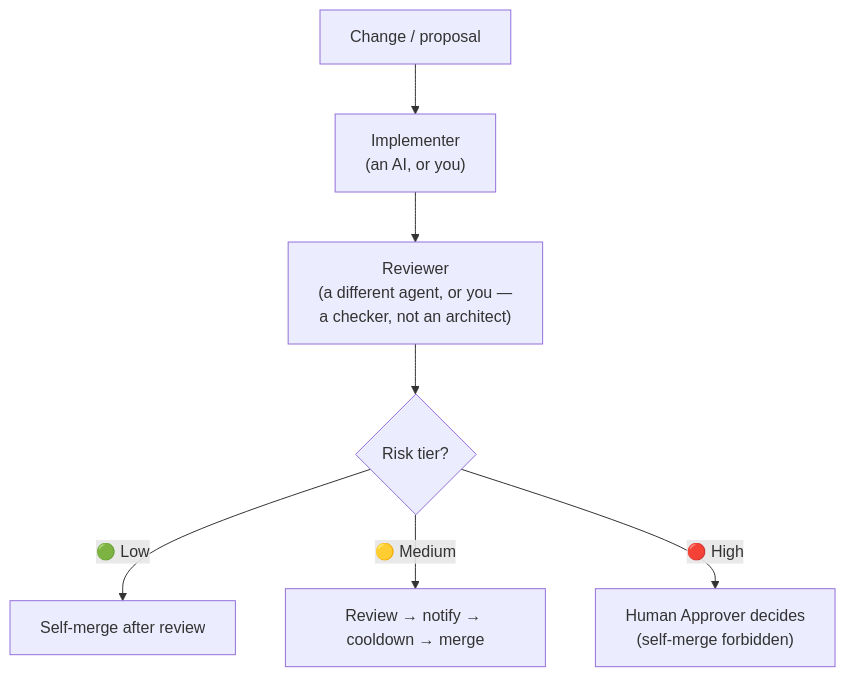
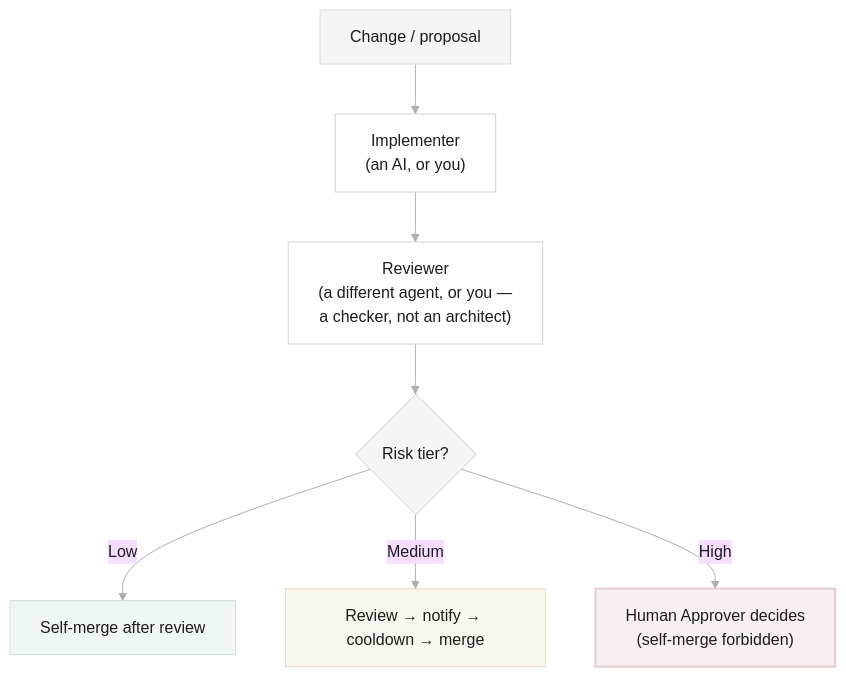
The diagram in README.md (shiyamaz/qorum-method), drawn with Mermaid before and after one commit. The commit also changed 2 other files, not shown here.

Commit message:
Refine the diagram to the brand design system (Apple HIG / washed tiers)
Light-mode, flat, monochrome structure with the 3 risk tiers as the only color
(washed callout tones: green/amber/red), High emphasized. Per the vault design
guideline.

- docs/assets/qorum-flow.svg: standalone diagram (1080x1350, LinkedIn-ready)
- README.md / README.ja.md: theme the in-repo Mermaid to the same palette
  (init themeVariables + classDef per tier; drop emoji for restraint)

````diff
--- a/README.md
+++ b/README.md
@@ -43,9 +43,22 @@
 ```mermaid
+%%{init: {'theme':'base','themeVariables':{'fontFamily':'-apple-system, SF Pro Text, Hiragino Sans, sans-serif','lineColor':'#aeaeb2','primaryTextColor':'#1d1d1f','primaryBorderColor':'#d2d2d7'}}}%%
 flowchart TD
     C["Change / proposal"] --> I["Implementer<br/>(an AI, or you)"]
     I --> R["Reviewer<br/>(a different agent, or you —<br/>a checker, not an architect)"]
     R --> T{"Risk tier?"}
-    T -->|"🟢 Low"| L["Self-merge after review"]
-    T -->|"🟡 Medium"| M["Review → notify → cooldown → merge"]
-    T -->|"🔴 High"| H["Human Approver decides<br/>(self-merge forbidden)"]
+    T -->|"Low"| L["Self-merge after review"]
+    T -->|"Medium"| M["Review → notify → cooldown → merge"]
+    T -->|"High"| H["Human Approver decides<br/>(self-merge forbidden)"]
+    classDef start fill:#f4f4f6,stroke:#dcdce0,color:#1d1d1f
+    classDef role fill:#ffffff,stroke:#d2d2d7,color:#1d1d1f
+    classDef dec fill:#f5f5f7,stroke:#d2d2d7,color:#1d1d1f
+    classDef low fill:#f0f6f2,stroke:#cde0d4,color:#1d1d1f
+    classDef med fill:#f8f6ee,stroke:#e4dfc8,color:#1d1d1f
+    classDef high fill:#f8f0f0,stroke:#e4cdcd,color:#1d1d1f,stroke-width:2px
+    class C start
+    class I,R role
+    class T dec
+    class L low
+    class M med
+    class H high
 ```
````
